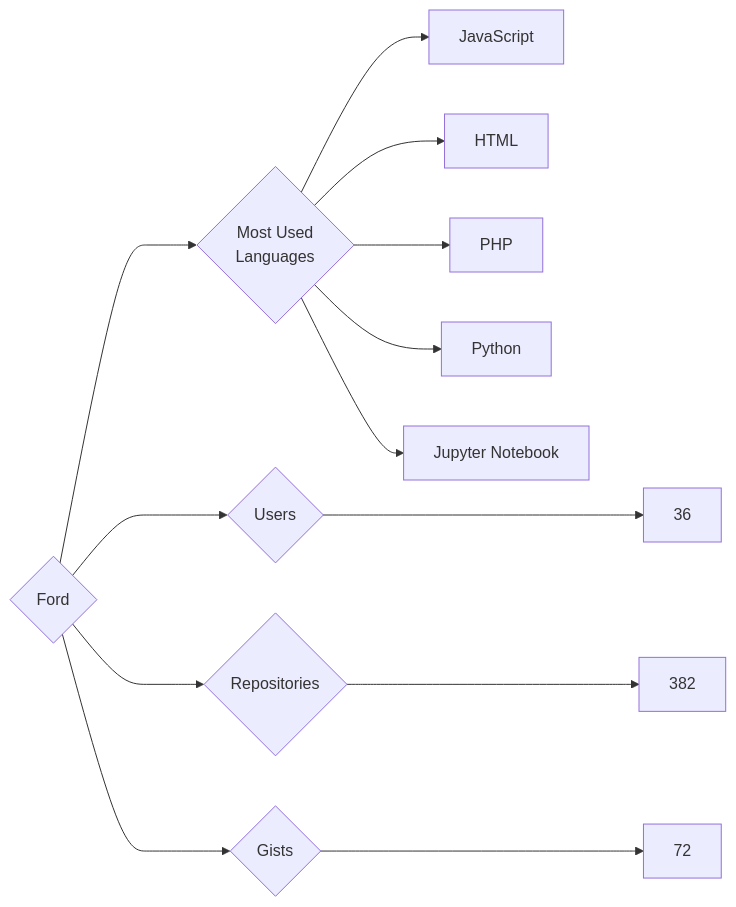
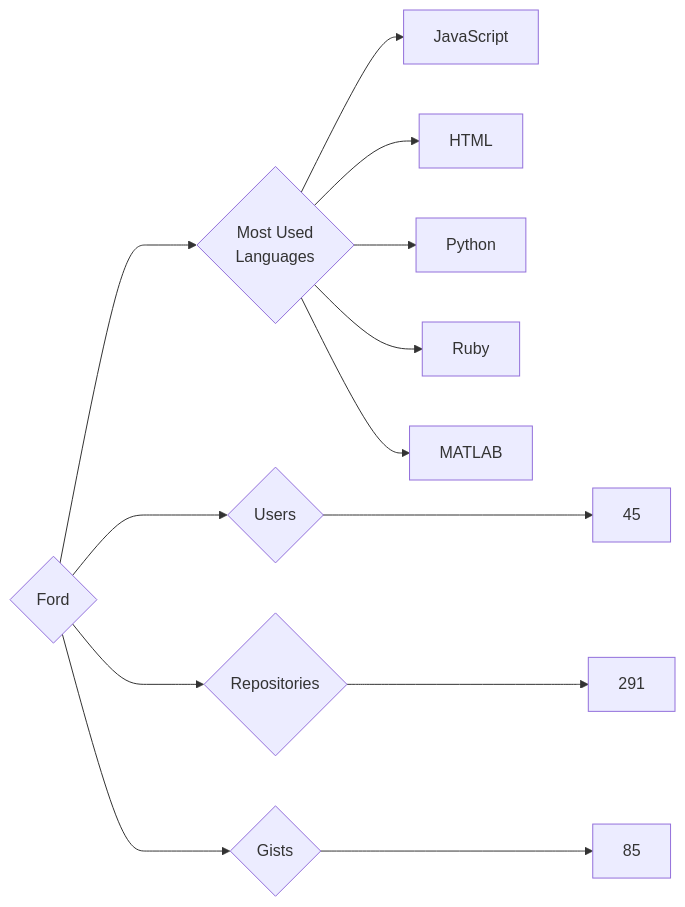
One commit to trickest/insiders changed the diagram in targets/Ford/README.md. Above: the diagram before and after it, drawn with Mermaid. The commit also changed 891 other files, not shown here.

````diff
--- a/targets/Ford/README.md
+++ b/targets/Ford/README.md
@@ -3,13 +3,13 @@
 ```mermaid
 graph LR
 COMPANY_NAME{Ford}
-COMPANY_NAME ---> U{Users} ---> UN[36]
-COMPANY_NAME ---> R{Repositories} ---> RN[382]
-COMPANY_NAME ---> G{Gists} ---> GN[72]
+COMPANY_NAME ---> U{Users} ---> UN[45]
+COMPANY_NAME ---> R{Repositories} ---> RN[291]
+COMPANY_NAME ---> G{Gists} ---> GN[85]
 COMPANY_NAME ---> ML{Most Used<br>Languages}
 ML --> JavaScript[JavaScript]
 ML --> HTML[HTML]
-ML --> PHP[PHP]
 ML --> Python[Python]
-ML --> Jupyter_Notebook[Jupyter Notebook]
+ML --> Ruby[Ruby]
+ML --> MATLAB[MATLAB]
 ```
````
